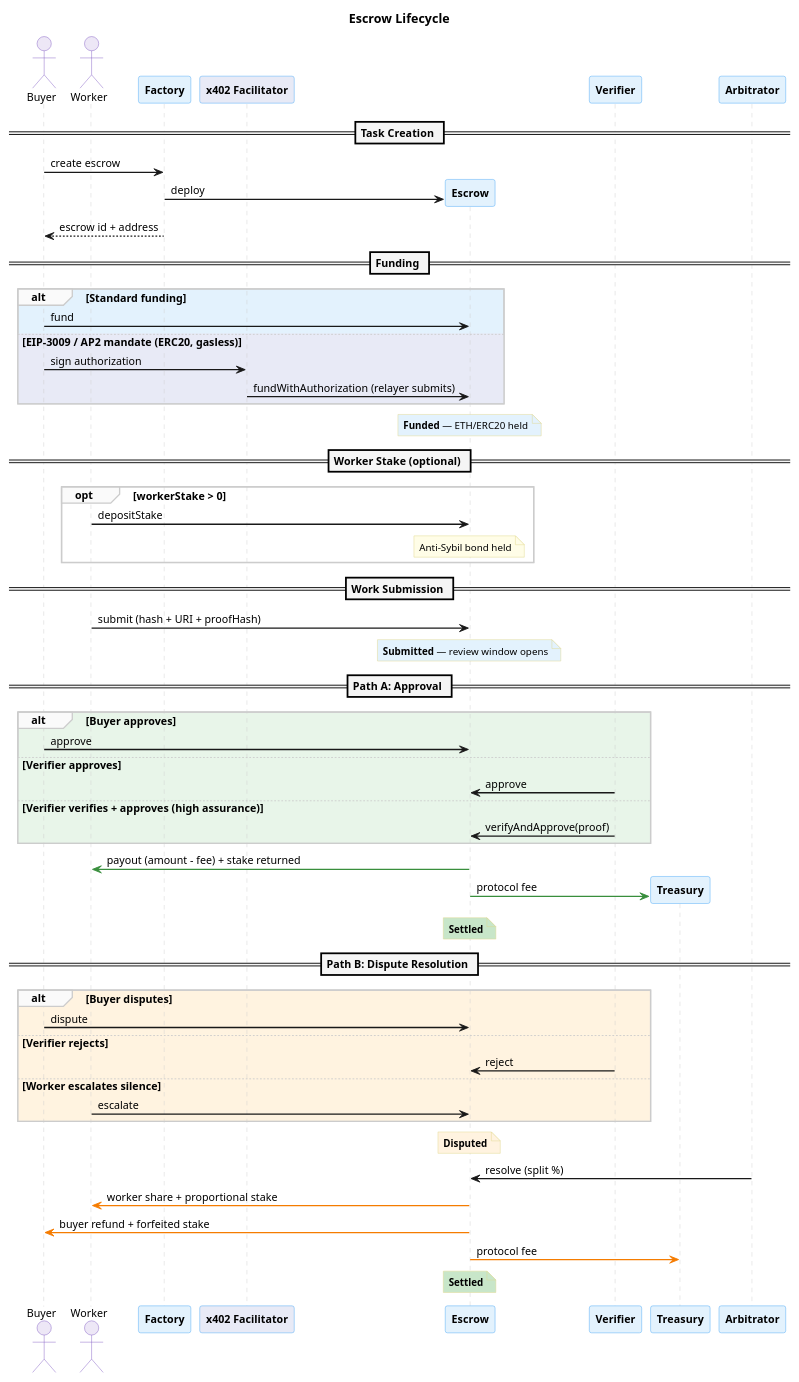
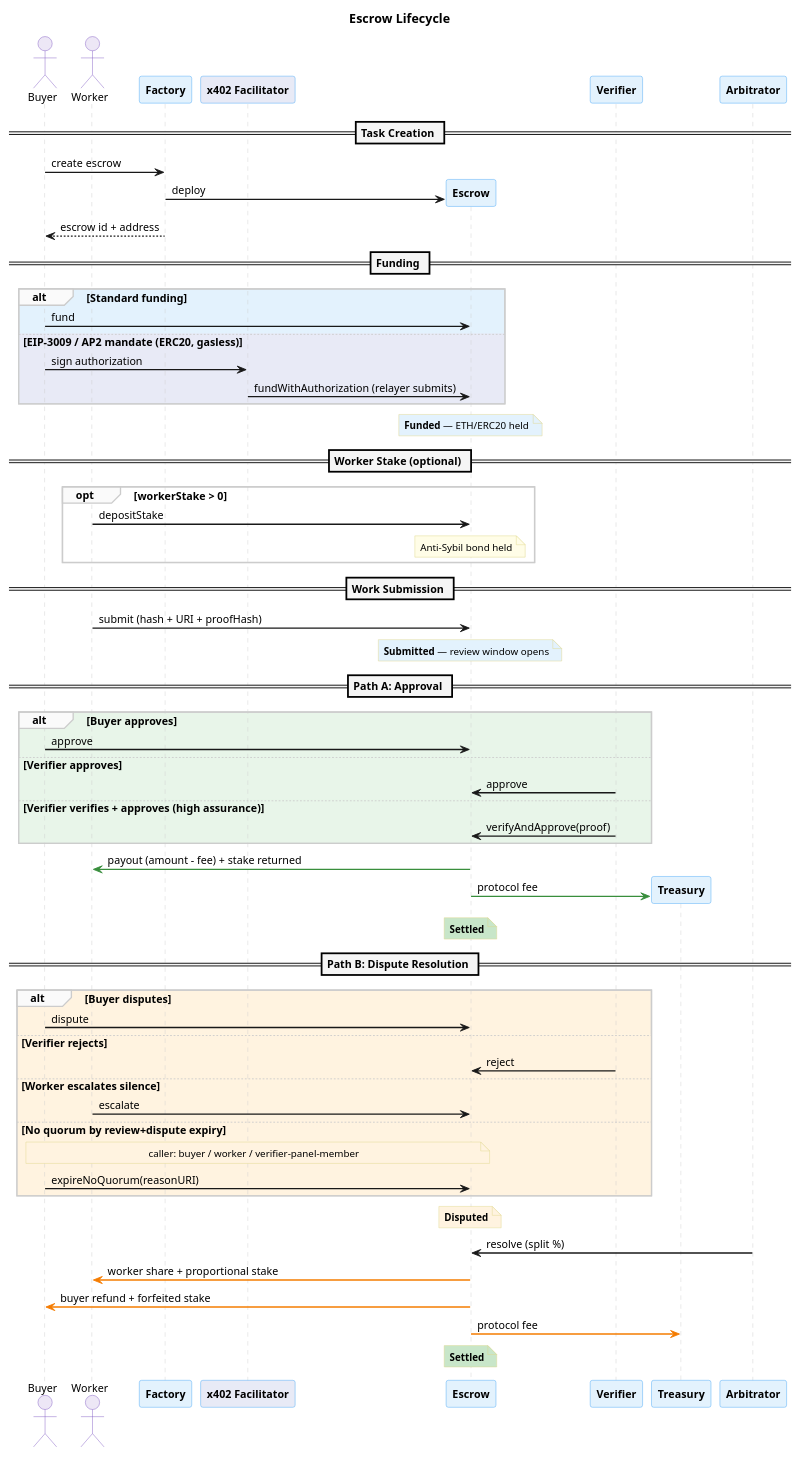
The first of 5 diagrams in docs/diagrams/lifecycle-sequence.puml (eddiefleurent/agent-escrow), drawn with PlantUML before and after one commit. The commit also changed 46 other files, not shown here.

First line of the commit message:
feat: implement multi-verifier quorum (V3 item 19) (#30)

```diff
--- a/docs/diagrams/lifecycle-sequence.puml
+++ b/docs/diagrams/lifecycle-sequence.puml
@@ -1,98 +1,101 @@
 @startuml lifecycle-sequence
 skinparam backgroundColor #FFFFFF
 skinparam defaultFontName "Helvetica"
 skinparam defaultFontSize 12
 skinparam shadowing false
 skinparam sequenceArrowThickness 1.5
 skinparam sequenceLifeLineBorderColor #CCCCCC
 skinparam sequenceDividerBackgroundColor #F5F5F5
 skinparam sequenceDividerFontStyle bold
 skinparam sequenceGroupBackgroundColor #FAFAFA
 skinparam sequenceGroupBorderColor #CCCCCC
 
 skinparam participant {
   BorderColor #42A5F5
   BackgroundColor #E3F2FD
   FontStyle bold
 }
 
 skinparam actor {
   BorderColor #7E57C2
   BackgroundColor #EDE7F6
 }
 
 skinparam note {
   BackgroundColor #FFFDE7
   BorderColor #E0D68A
   FontSize 11
 }
 
 title Escrow Lifecycle
 
 actor "Buyer" as buyer
 actor "Worker" as worker
 participant "Factory" as factory
 participant "x402 Facilitator" as facilitator #E8EAF6
 
 == Task Creation ==
 
 buyer -> factory : create escrow
 factory -> "Escrow" as escrow ** : deploy
 factory --> buyer : escrow id + address
 
 == Funding ==
 
 alt #E3F2FD Standard funding
   buyer -> escrow : fund
 else #E8EAF6 EIP-3009 / AP2 mandate (ERC20, gasless)
   buyer -> facilitator : sign authorization
   facilitator -> escrow : fundWithAuthorization (relayer submits)
 end
 note over escrow #E3F2FD : **Funded** — ETH/ERC20 held
 
 == Worker Stake (optional) ==
 
 opt workerStake > 0
   worker -> escrow : depositStake
   note over escrow #FFFDE7 : Anti-Sybil bond held
 end
 
 == Work Submission ==
 
 worker -> escrow : submit (hash + URI + proofHash)
 note over escrow #E3F2FD : **Submitted** — review window opens
 
 == Path A: Approval ==
 
 alt #E8F5E9 Buyer approves
   buyer -> escrow : approve
 else #E8F5E9 Verifier approves
   "Verifier" as verifier -> escrow : approve
 else #E8F5E9 Verifier verifies + approves (high assurance)
   "Verifier" as verifier -> escrow : verifyAndApprove(proof)
 end
 
 escrow -[#388E3C]> worker : payout (amount - fee) + stake returned
 escrow -[#388E3C]> "Treasury" as treasury ** #E8F5E9 : protocol fee
 note over escrow #C8E6C9 : **Settled**
 
 == Path B: Dispute Resolution ==
 
 alt #FFF3E0 Buyer disputes
   buyer -> escrow : dispute
 else #FFF3E0 Verifier rejects
   verifier -> escrow : reject
 else #FFF3E0 Worker escalates silence
   worker -> escrow : escalate
+else #FFF3E0 No quorum by review+dispute expiry
+  note over buyer,escrow #FFF3E0 : caller: buyer / worker / verifier-panel-member
+  buyer -> escrow : expireNoQuorum(reasonURI)
 end
 
 note over escrow #FFF3E0 : **Disputed**
 
 "Arbitrator" as arbitrator -> escrow : resolve (split %)
 
 escrow -[#F57C00]> worker : worker share + proportional stake
 escrow -[#F57C00]> buyer : buyer refund + forfeited stake
 escrow -[#F57C00]> treasury : protocol fee
 note over escrow #C8E6C9 : **Settled**
 
 @enduml
```
